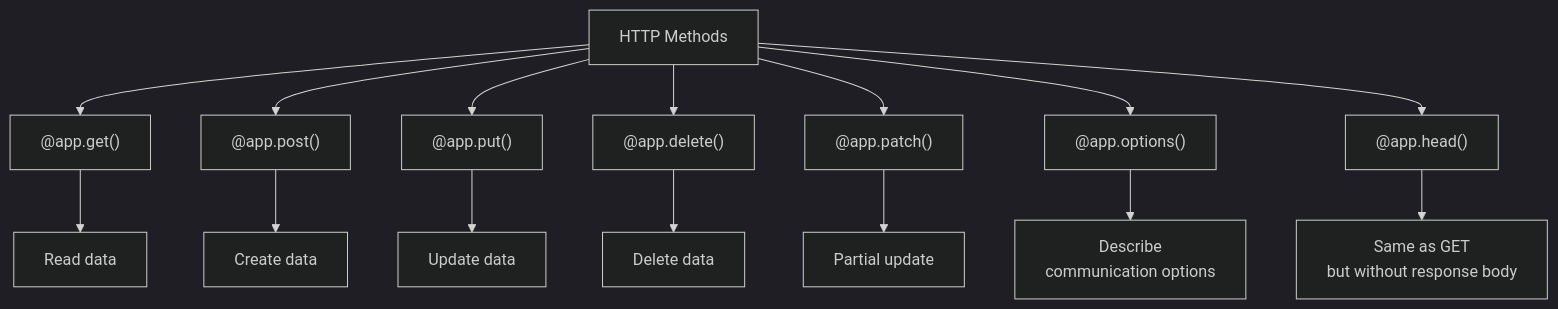
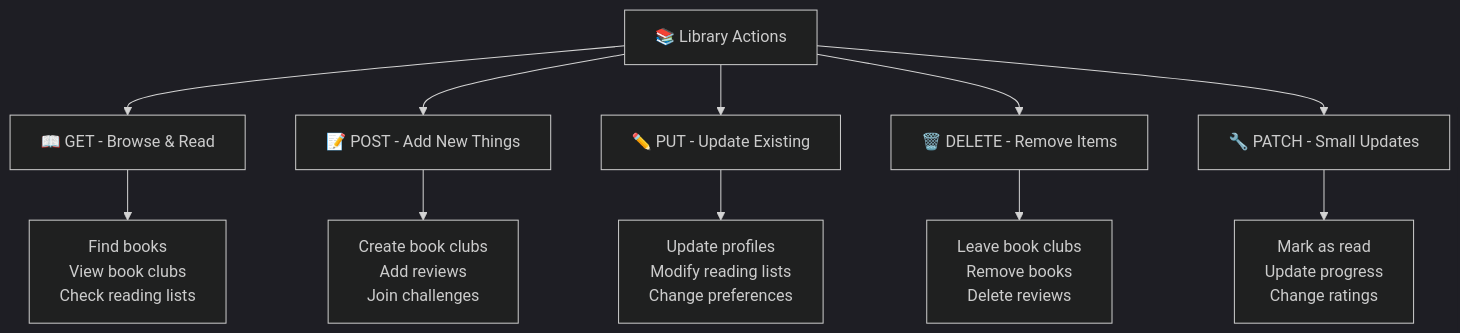
Before and after one commit to balupeddireddy08/FastAPI-for-AI-Projects: the first of 2 diagrams in 04-routing/README.md, drawn with Mermaid (dark theme). The commit also changed other lines of this file and 9 other files, not shown here.

````diff
--- a/04-routing/README.md
+++ b/04-routing/README.md
@@ -9,18 +18,14 @@
 ```mermaid
 graph TD
-    A[HTTP Methods] --> B["@app.get()"]
-    A --> C["@app.post()"]
-    A --> D["@app.put()"]
-    A --> E["@app.delete()"]
-    A --> F["@app.patch()"]
-    A --> G["@app.options()"]
-    A --> H["@app.head()"]
+    A[📚 Library Actions] --> B["📖 GET - Browse & Read"]
+    A --> C["📝 POST - Add New Things"]
+    A --> D["✏️ PUT - Update Existing"]
+    A --> E["🗑️ DELETE - Remove Items"]
+    A --> F["🔧 PATCH - Small Updates"]
     
-    B --> B1[Read data]
-    C --> C1[Create data]
-    D --> D1[Update data]
-    E --> E1[Delete data]
-    F --> F1[Partial update]
-    G --> G1[Describe<br/>communication options]
-    H --> H1[Same as GET<br/>but without response body]
+    B --> B1[Find books<br/>View book clubs<br/>Check reading lists]
+    C --> C1[Create book clubs<br/>Add reviews<br/>Join challenges]
+    D --> D1[Update profiles<br/>Modify reading lists<br/>Change preferences]
+    E --> E1[Leave book clubs<br/>Remove books<br/>Delete reviews]
+    F --> F1[Mark as read<br/>Update progress<br/>Change ratings]
 ```
````
